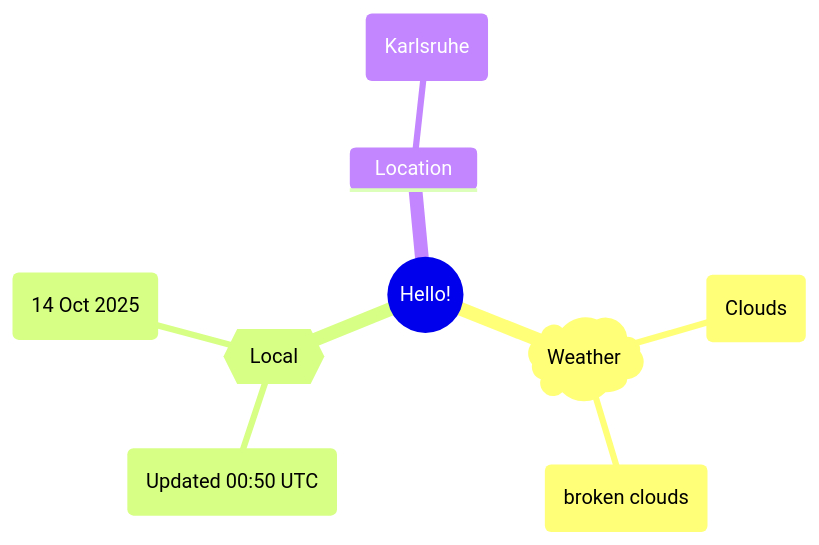
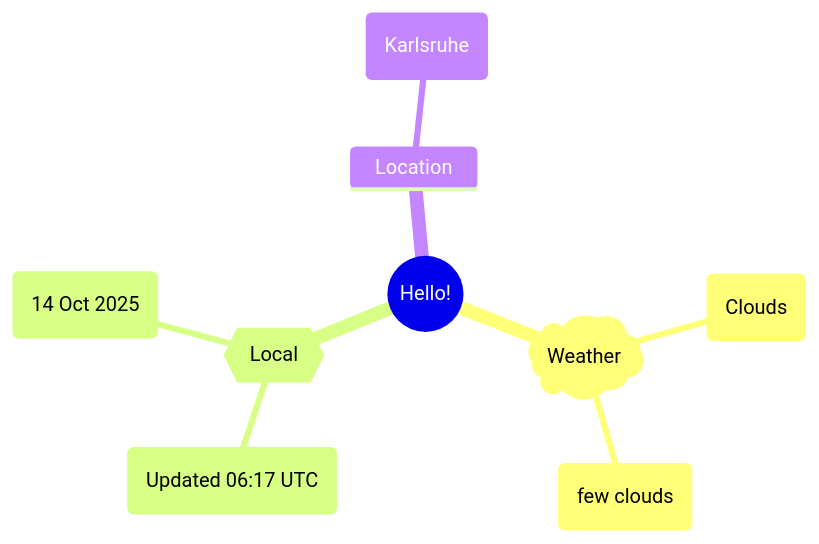
One commit to Xosrov/Xosrov changed the first of 2 diagrams in README.md. Above: the diagram before and after it, drawn with Mermaid.

Commit message:
[bot] updated images

````diff
--- a/README.md
+++ b/README.md
@@ -3,12 +3,12 @@
 ```mermaid
 mindmap
   root((Hello!))
     )Weather(
         (Clouds)
-        (broken clouds)
+        (few clouds)
     {{Local}}
-        (Updated 00:50 UTC)
+        (Updated 06:17 UTC)
         (14 Oct 2025)
     Location
         (Karlsruhe)
 ```
````
